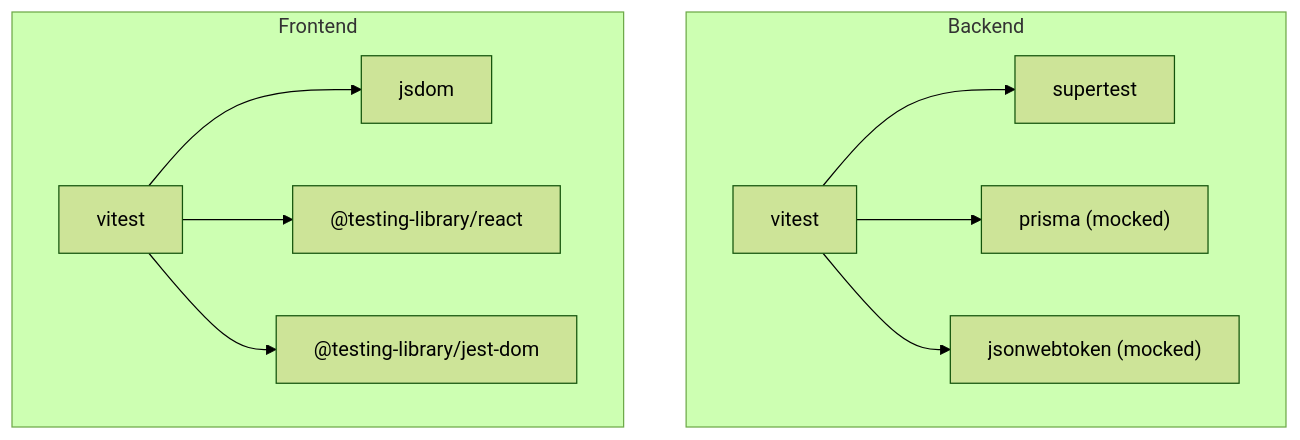
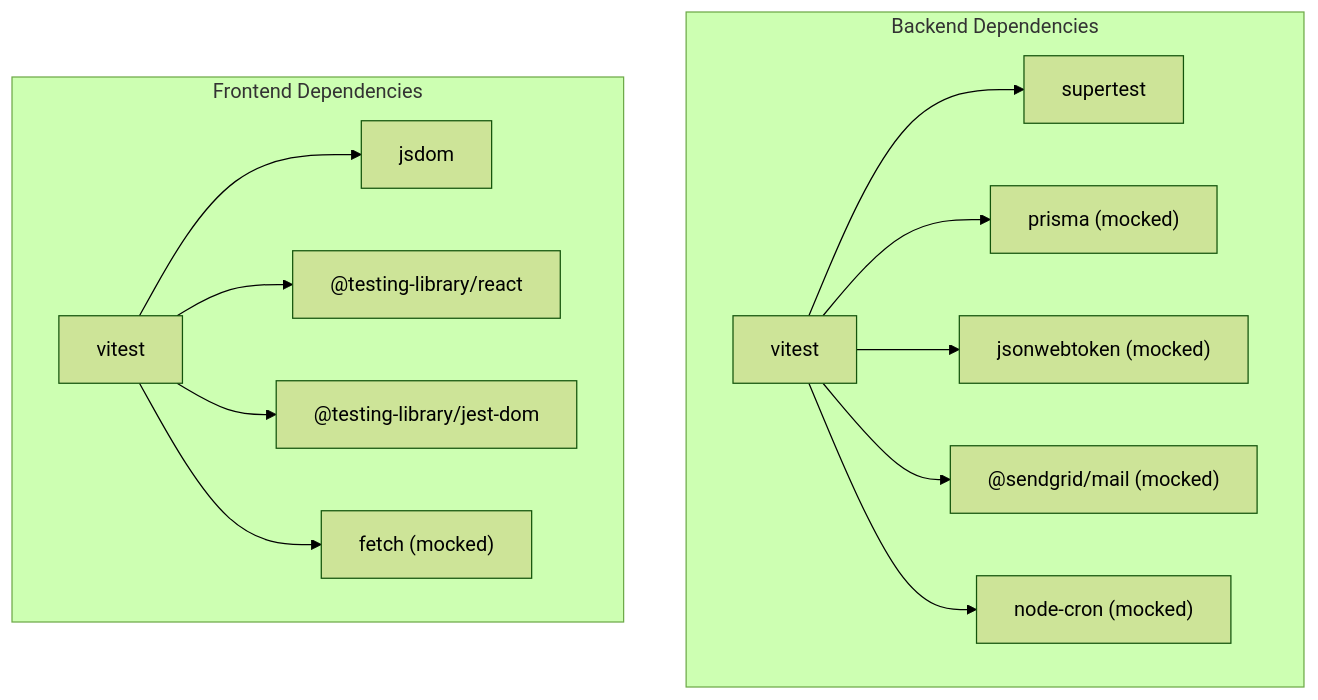
Before and after one commit to ZandileMkontwana/olympiad-portal: the ninth of 10 diagrams in .qoder/repowiki/en/content/Testing Strategy.md, drawn with Mermaid (forest theme). The commit also changed other lines of this file and 43 other files, not shown here.

````diff
--- a/.qoder/repowiki/en/content/Testing Strategy.md
+++ b/.qoder/repowiki/en/content/Testing Strategy.md
@@ -228,21 +326,27 @@
 ```mermaid
 graph TB
-subgraph "Backend"
+subgraph "Backend Dependencies"
 VIT["vitest"]
 SUP["supertest"]
 PRISMA["prisma (mocked)"]
 JWT["jsonwebtoken (mocked)"]
+SG["@sendgrid/mail (mocked)"]
+CRON["node-cron (mocked)"]
 end
-subgraph "Frontend"
+subgraph "Frontend Dependencies"
 VITF["vitest"]
 JSDOM["jsdom"]
 RTL["@testing-library/react"]
 JESTDOM["@testing-library/jest-dom"]
+FETCH["fetch (mocked)"]
 end
 VIT --> SUP
 VIT --> PRISMA
 VIT --> JWT
+VIT --> SG
+VIT --> CRON
 VITF --> JSDOM
 VITF --> RTL
 VITF --> JESTDOM
+VITF --> FETCH
 ```
````
